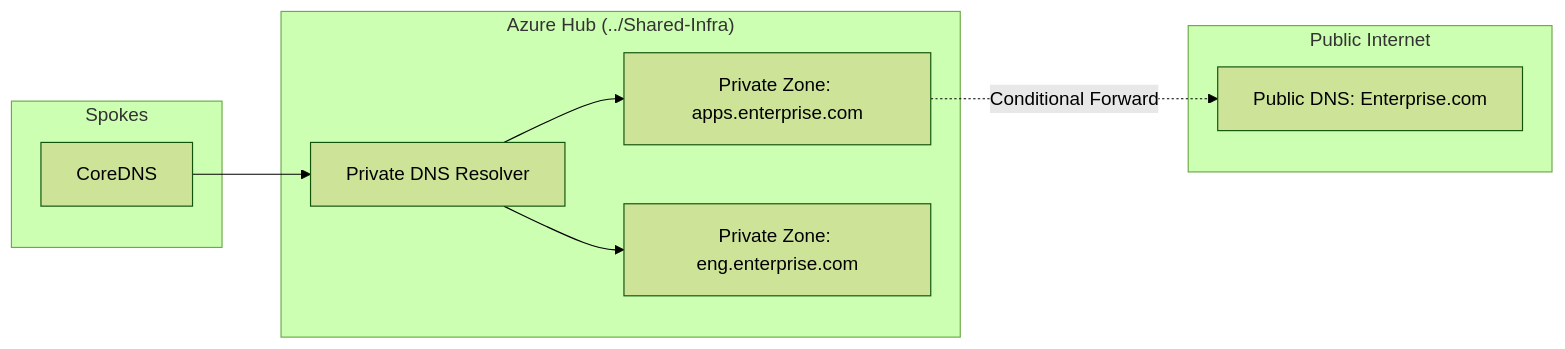
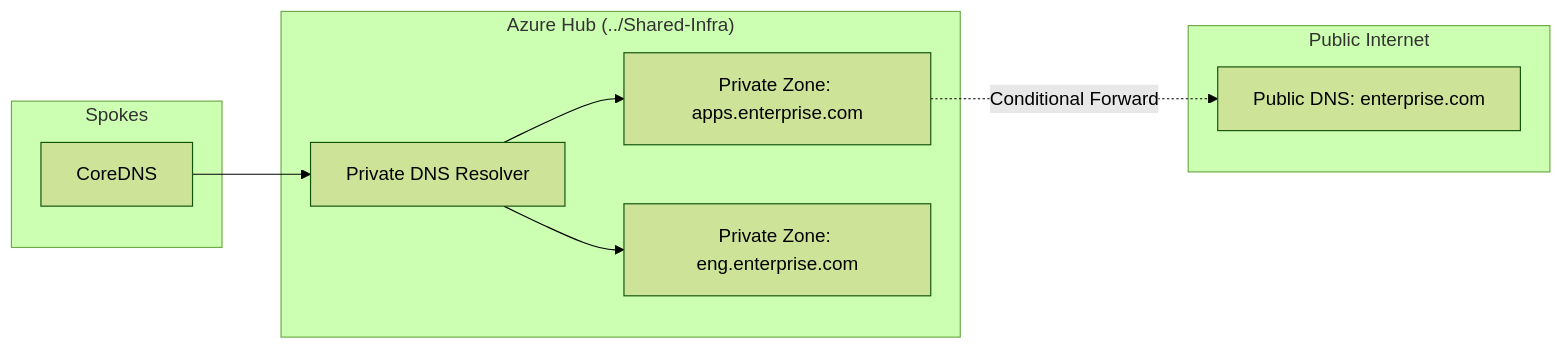
Before and after one commit to nubenetes/terraform-azure-devops: the second of 2 diagrams in docs/311-SHARED_INFRA_NETWORKING_HUB_SPOKE_BACKBONE.md, drawn with Mermaid (forest theme). The commit also changed 68 other files, not shown here.

````diff
--- a/docs/311-SHARED_INFRA_NETWORKING_HUB_SPOKE_BACKBONE.md
+++ b/docs/311-SHARED_INFRA_NETWORKING_HUB_SPOKE_BACKBONE.md
@@ -97,18 +97,18 @@
 ```mermaid
 graph LR
     subgraph "Public Internet"
-        P_DNS[Public DNS: Enterprise.com]
+        P_DNS[Public DNS: enterprise.com]
     end
     subgraph "Azure Hub (../Shared-Infra)"
         ZONE_APPS[Private Zone: apps.enterprise.com]
         ZONE_ENG[Private Zone: eng.enterprise.com]
         RESOLVER[Private DNS Resolver]
     end
     subgraph "Spokes"
         AKS_DNS[CoreDNS]
     end
     AKS_DNS --> RESOLVER
     RESOLVER --> ZONE_APPS
     RESOLVER --> ZONE_ENG
     ZONE_APPS -.->|Conditional Forward| P_DNS
 ```
````
